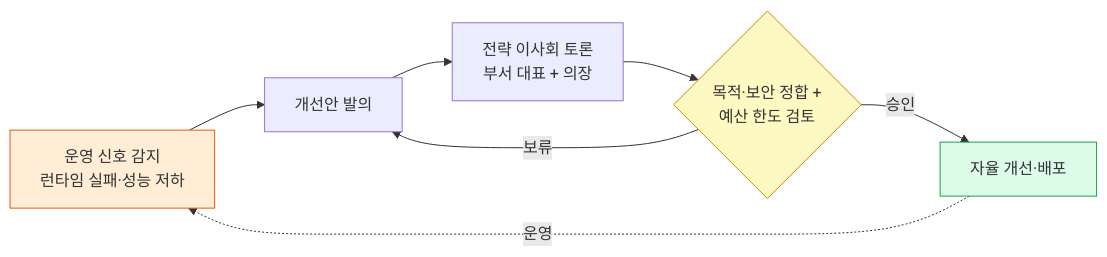
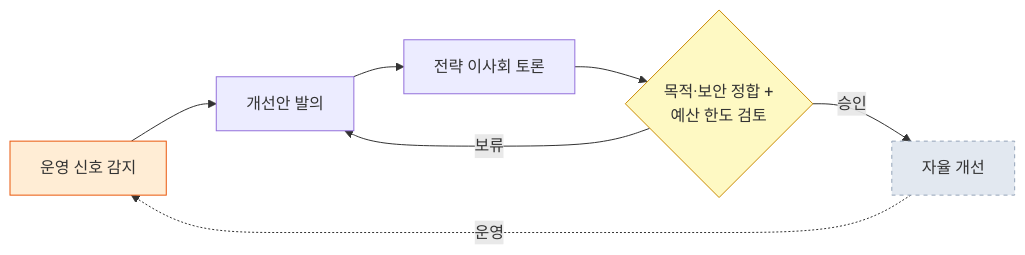
The second of 2 diagrams in docs/ARCHITECTURE_OVERVIEW.md (SongJongwon/nexus-alpha), drawn with Mermaid before and after one commit. The commit also changed other lines of this file and 2 other files, not shown here.

First line of the commit message:
docs: ARCHITECTURE_OVERVIEW P16~P20 스냅샷(검증 vs 로드맵) (#254)

````diff
--- a/docs/ARCHITECTURE_OVERVIEW.md
+++ b/docs/ARCHITECTURE_OVERVIEW.md
@@ -125,13 +194,13 @@
 ```mermaid
 flowchart LR
-    SENSE[운영 신호 감지<br/>런타임 실패·성능 저하] --> PROPOSE[개선안 발의]
-    PROPOSE --> BOARD[전략 이사회 토론<br/>부서 대표 + 의장]
+    SENSE[운영 신호 감지] --> PROPOSE[개선안 발의]
+    PROPOSE --> BOARD[전략 이사회 토론]
     BOARD --> GOV{목적·보안 정합 +<br/>예산 한도 검토}
-    GOV -->|승인| DEPLOY[자율 개선·배포]
+    GOV -->|승인| DEPLOY[자율 개선]
     GOV -->|보류| PROPOSE
     DEPLOY -. 운영 .-> SENSE
 
     style SENSE fill:#ffedd5,stroke:#ea580c
     style GOV fill:#fef9c3,stroke:#ca8a04
-    style DEPLOY fill:#dcfce7,stroke:#16a34a
+    style DEPLOY fill:#e2e8f0,stroke:#94a3b8,stroke-dasharray: 4 4
 ```
````
